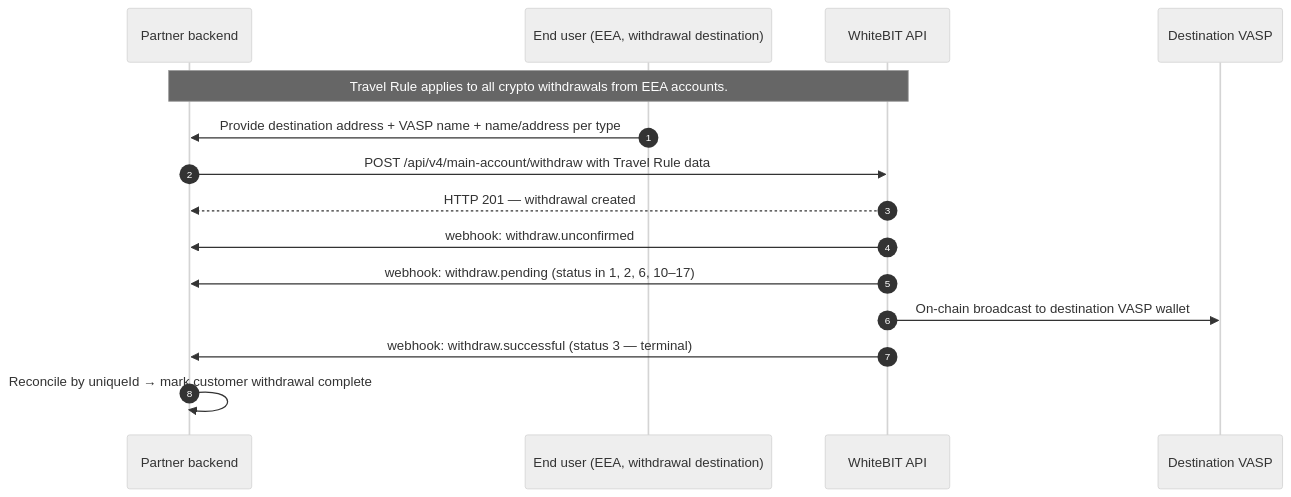
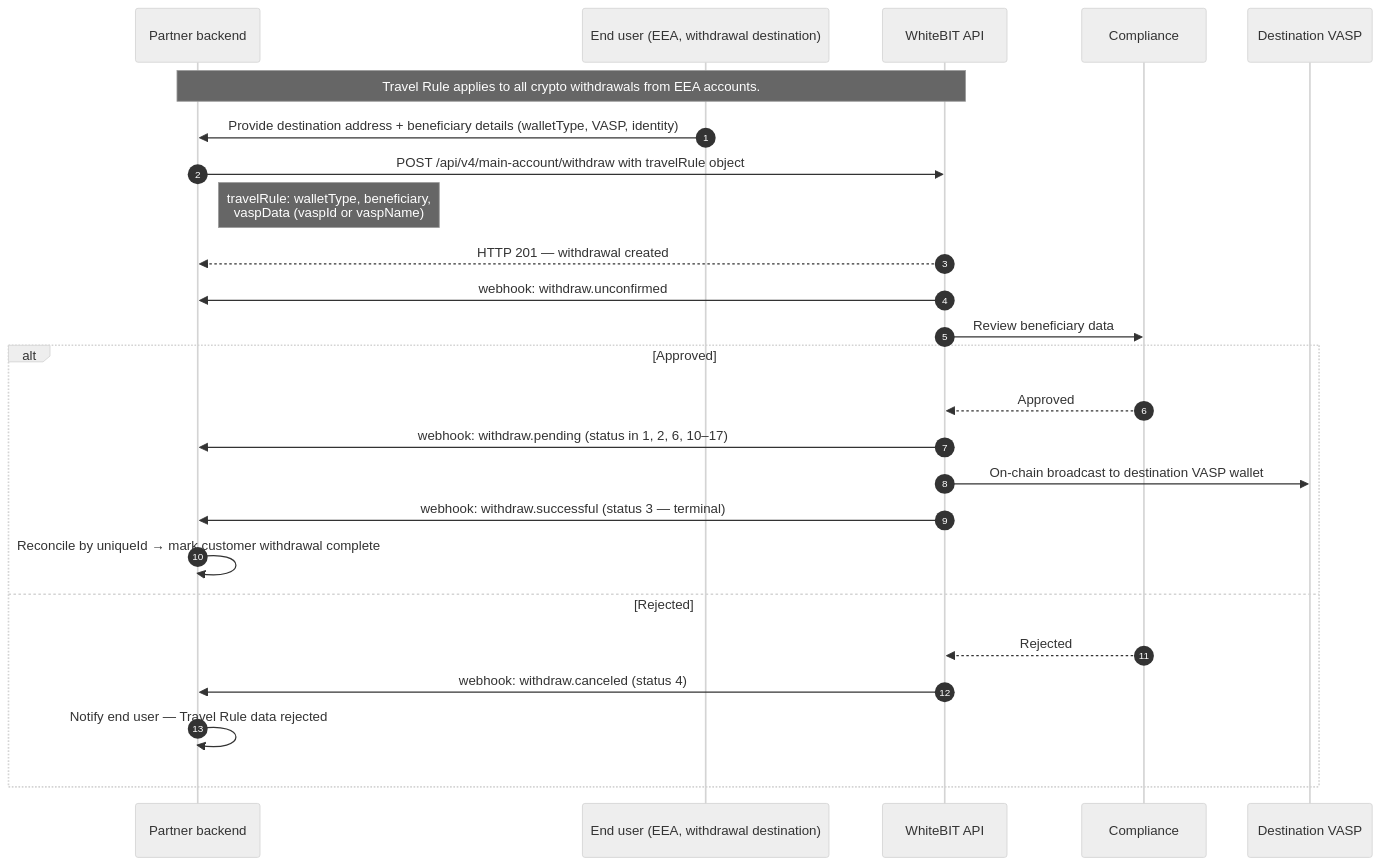
One commit to whitebit-exchange/docs changed the second of 3 diagrams in guides/payment-integration.mdx. Above: the diagram before and after it, drawn with Mermaid (neutral theme). The commit also changed other lines of this file, not shown here.

````diff
--- a/guides/payment-integration.mdx
+++ b/guides/payment-integration.mdx
@@ -50,18 +50,28 @@
 ```mermaid
 sequenceDiagram
     autonumber
     participant P as Partner backend
     participant U as End user (EEA, withdrawal destination)
     participant W as WhiteBIT API
+    participant C as Compliance
     participant V as Destination VASP
 
     Note over P,W: Travel Rule applies to all crypto withdrawals from EEA accounts.
-    U->>P: Provide destination address + VASP name + name/address per type
-    P->>W: POST /api/v4/main-account/withdraw with Travel Rule data
+    U->>P: Provide destination address + beneficiary details (walletType, VASP, identity)
+    P->>W: POST /api/v4/main-account/withdraw with travelRule object
+    Note right of P: travelRule: walletType, beneficiary,<br/>vaspData (vaspId or vaspName)
     W-->>P: HTTP 201 — withdrawal created
     W->>P: webhook: withdraw.unconfirmed
-    W->>P: webhook: withdraw.pending (status in 1, 2, 6, 10–17)
-    W->>V: On-chain broadcast to destination VASP wallet
-    W->>P: webhook: withdraw.successful (status 3 — terminal)
-    P->>P: Reconcile by uniqueId → mark customer withdrawal complete
+    W->>C: Review beneficiary data
+    alt Approved
+        C-->>W: Approved
+        W->>P: webhook: withdraw.pending (status in 1, 2, 6, 10–17)
+        W->>V: On-chain broadcast to destination VASP wallet
+        W->>P: webhook: withdraw.successful (status 3 — terminal)
+        P->>P: Reconcile by uniqueId → mark customer withdrawal complete
+    else Rejected
+        C-->>W: Rejected
+        W->>P: webhook: withdraw.canceled (status 4)
+        P->>P: Notify end user — Travel Rule data rejected
+    end
 ```
````
